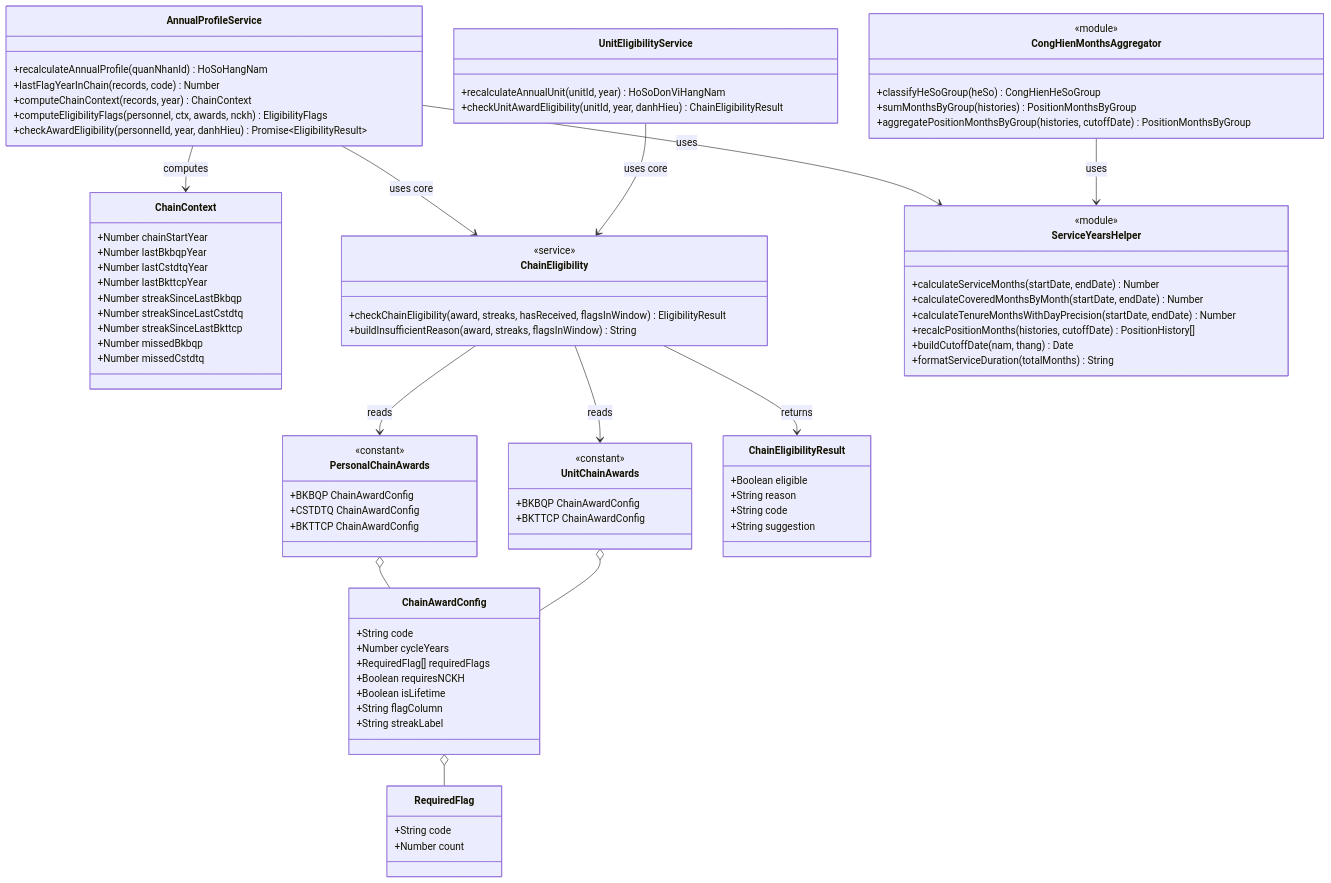
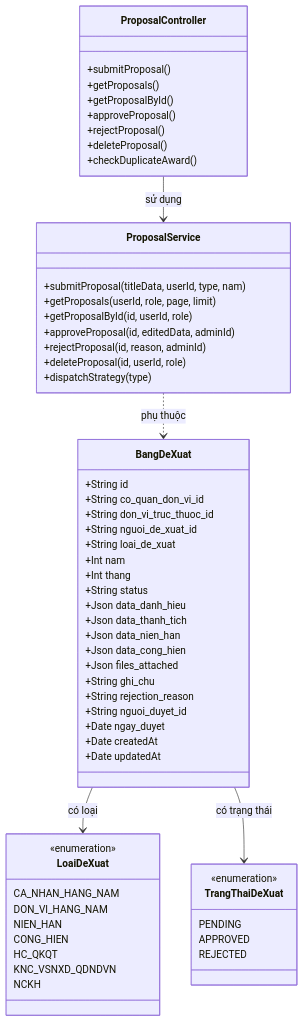
Before and after one commit to tranducbk/DATN_PM_QLKT: the third of 6 diagrams in docs/diagrams/04-class.md, drawn with Mermaid. The commit also changed other lines of this file and 123 other files, not shown here.

````diff
--- a/docs/diagrams/04-class.md
+++ b/docs/diagrams/04-class.md
@@ -244,97 +163,67 @@
 ```mermaid
 classDiagram
-    class ChainAwardConfig {
-        +String code
-        +Number cycleYears
-        +RequiredFlag[] requiredFlags
-        +Boolean requiresNCKH
-        +Boolean isLifetime
-        +String flagColumn
-        +String streakLabel
+    class BangDeXuat {
+        +String id
+        +String co_quan_don_vi_id
+        +String don_vi_truc_thuoc_id
+        +String nguoi_de_xuat_id
+        +String loai_de_xuat
+        +Int nam
+        +Int thang
+        +String status
+        +Json data_danh_hieu
+        +Json data_thanh_tich
+        +Json data_nien_han
+        +Json data_cong_hien
+        +Json files_attached
+        +String ghi_chu
+        +String rejection_reason
+        +String nguoi_duyet_id
+        +Date ngay_duyet
+        +Date createdAt
+        +Date updatedAt
     }
 
-    class RequiredFlag {
-        +String code
-        +Number count
+    class LoaiDeXuat {
+        <<enumeration>>
+        CA_NHAN_HANG_NAM
+        DON_VI_HANG_NAM
+        NIEN_HAN
+        CONG_HIEN
+        HC_QKQT
+        KNC_VSNXD_QDNDVN
+        NCKH
     }
 
-    class PersonalChainAwards {
-        <<constant>>
-        +BKBQP ChainAwardConfig
-        +CSTDTQ ChainAwardConfig
-        +BKTTCP ChainAwardConfig
+    class TrangThaiDeXuat {
+        <<enumeration>>
+        PENDING
+        APPROVED
+        REJECTED
     }
 
-    class UnitChainAwards {
-        <<constant>>
-        +BKBQP ChainAwardConfig
-        +BKTTCP ChainAwardConfig
+    class ProposalController {
+        +submitProposal()
+        +getProposals()
+        +getProposalById()
+        +approveProposal()
+        +rejectProposal()
+        +deleteProposal()
+        +checkDuplicateAward()
     }
 
-    class ChainContext {
-        +Number chainStartYear
-        +Number lastBkbqpYear
-        +Number lastCstdtqYear
-        +Number lastBkttcpYear
-        +Number streakSinceLastBkbqp
-        +Number streakSinceLastCstdtq
-        +Number streakSinceLastBkttcp
-        +Number missedBkbqp
-        +Number missedCstdtq
+    class ProposalService {
+        +submitProposal(titleData, userId, type, nam)
+        +getProposals(userId, role, page, limit)
+        +getProposalById(id, userId, role)
+        +approveProposal(id, editedData, adminId)
+        +rejectProposal(id, reason, adminId)
+        +deleteProposal(id, userId, role)
+        +dispatchStrategy(type)
     }
 
-    class ChainEligibilityResult {
-        +Boolean eligible
-        +String reason
-        +String code
-        +String suggestion
-    }
-
-    class ChainEligibility {
-        <<service>>
-        +checkChainEligibility(award, streaks, hasReceived, flagsInWindow) EligibilityResult
-        +buildInsufficientReason(award, streaks, flagsInWindow) String
-    }
-
-    class AnnualProfileService {
-        +recalculateAnnualProfile(quanNhanId) HoSoHangNam
-        +lastFlagYearInChain(records, code) Number
-        +computeChainContext(records, year) ChainContext
-        +computeEligibilityFlags(personnel, ctx, awards, nckh) EligibilityFlags
-        +checkAwardEligibility(personnelId, year, danhHieu) Promise~EligibilityResult~
-    }
-
-    class UnitEligibilityService {
-        +recalculateAnnualUnit(unitId, year) HoSoDonViHangNam
-        +checkUnitAwardEligibility(unitId, year, danhHieu) ChainEligibilityResult
-    }
-
-    class CongHienMonthsAggregator {
-        <<module>>
-        +classifyHeSoGroup(heSo) CongHienHeSoGroup
-        +sumMonthsByGroup(histories) PositionMonthsByGroup
-        +aggregatePositionMonthsByGroup(histories, cutoffDate) PositionMonthsByGroup
-    }
-
-    class ServiceYearsHelper {
-        <<module>>
-        +calculateServiceMonths(startDate, endDate) Number
-        +calculateCoveredMonthsByMonth(startDate, endDate) Number
-        +calculateTenureMonthsWithDayPrecision(startDate, endDate) Number
-        +recalcPositionMonths(histories, cutoffDate) PositionHistory[]
-        +buildCutoffDate(nam, thang) Date
-        +formatServiceDuration(totalMonths) String
-    }
-
-    PersonalChainAwards o-- ChainAwardConfig
-    UnitChainAwards o-- ChainAwardConfig
-    ChainAwardConfig o-- RequiredFlag
-    AnnualProfileService --> ChainEligibility : uses core
-    UnitEligibilityService --> ChainEligibility : uses core
-    AnnualProfileService --> ChainContext : computes
-    AnnualProfileService --> ServiceYearsHelper : uses
-    CongHienMonthsAggregator --> ServiceYearsHelper : uses
-    ChainEligibility --> ChainEligibilityResult : returns
-    ChainEligibility --> PersonalChainAwards : reads
-    ChainEligibility --> UnitChainAwards : reads
+    BangDeXuat --> LoaiDeXuat : có loại
+    BangDeXuat --> TrangThaiDeXuat : có trạng thái
+    ProposalController --> ProposalService : sử dụng
+    ProposalService ..> BangDeXuat : phụ thuộc
 ```
````
